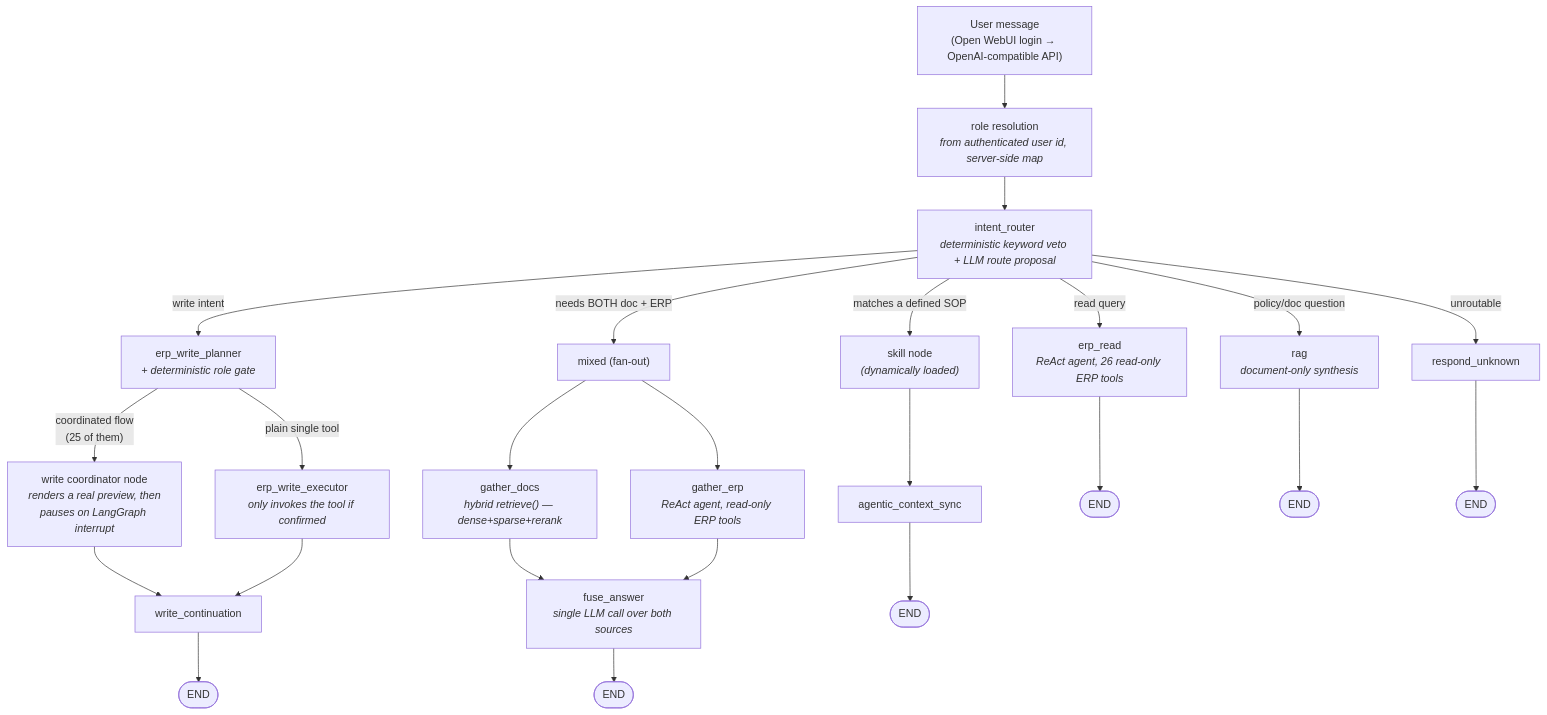
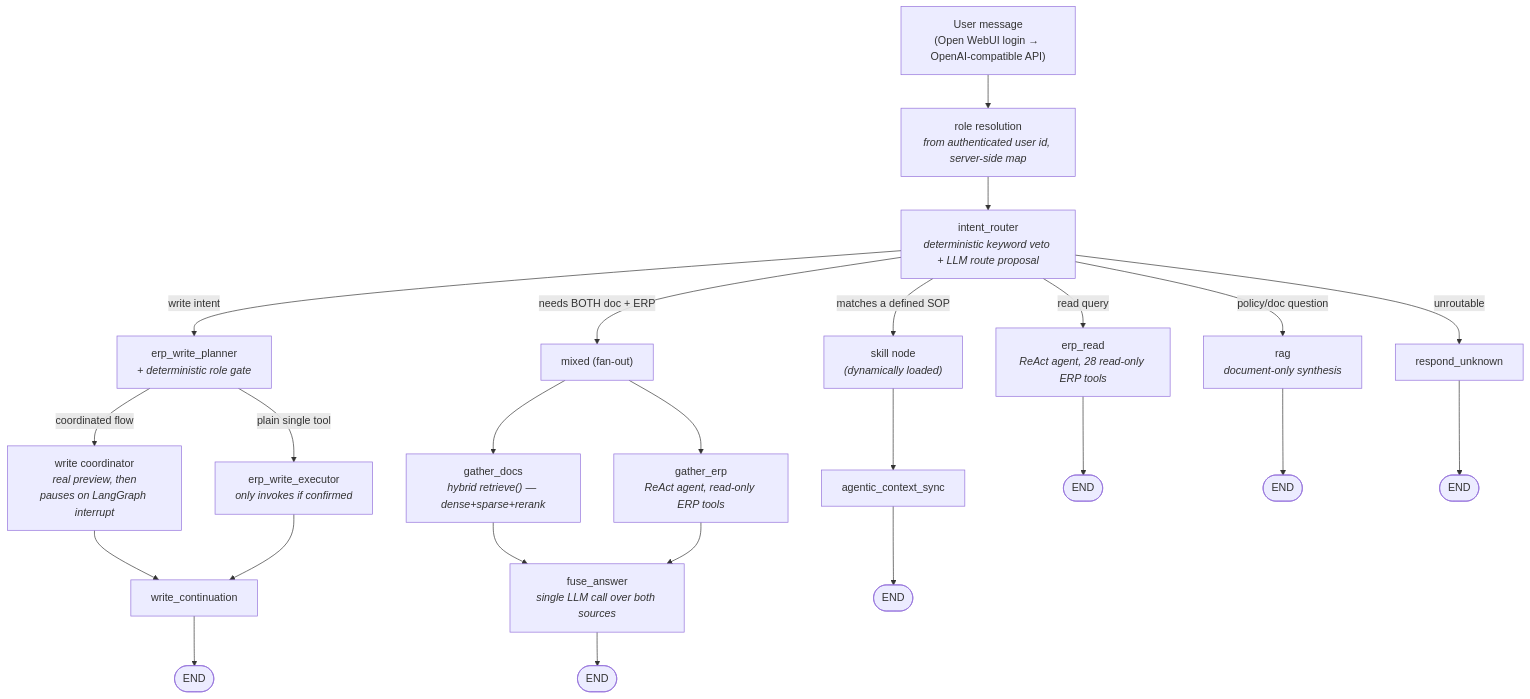
One commit to HaroPh/YOUdoo-assistant changed the diagram in README.md. Above: the diagram before and after it, drawn with Mermaid. The commit also changed other lines of this file, not shown here.

````diff
--- a/README.md
+++ b/README.md
@@ -39,31 +21,28 @@
 ```mermaid
 flowchart TD
     U["User message<br/>(Open WebUI login → OpenAI-compatible API)"] --> ROLE
-
     ROLE["role resolution<br/><i>from authenticated user id, server-side map</i>"] --> IR
-
     IR["intent_router<br/><i>deterministic keyword veto + LLM route proposal</i>"]
 
-    IR -->|read query| READ["erp_read<br/><i>ReAct agent, 26 read-only ERP tools</i>"]
+    IR -->|read query| READ["erp_read<br/><i>ReAct agent, 28 read-only ERP tools</i>"]
     IR -->|write intent| WP["erp_write_planner<br/><i>+ deterministic role gate</i>"]
     IR -->|policy/doc question| RAG["rag<br/><i>document-only synthesis</i>"]
     IR -->|needs BOTH doc + ERP| MIX["mixed (fan-out)"]
     IR -->|matches a defined SOP| SKILL["skill node<br/><i>(dynamically loaded)</i>"]
     IR -->|unroutable| UNK["respond_unknown"]
 
-    WP -->|"coordinated flow<br/>(25 of them)"| COORD["write coordinator node<br/><i>renders a real preview, then</i><br/><i>pauses on LangGraph interrupt</i>"]
-    WP -->|"plain single tool"| WX["erp_write_executor<br/><i>only invokes the tool if confirmed</i>"]
+    WP -->|coordinated flow| COORD["write coordinator<br/><i>real preview, then</i><br/><i>pauses on LangGraph interrupt</i>"]
+    WP -->|plain single tool| WX["erp_write_executor<br/><i>only invokes if confirmed</i>"]
     COORD --> WC["write_continuation"]
     WX --> WC --> END1(["END"])
 
     MIX --> GD["gather_docs<br/><i>hybrid retrieve() — dense+sparse+rerank</i>"]
     MIX --> GE["gather_erp<br/><i>ReAct agent, read-only ERP tools</i>"]
     GD --> FUSE["fuse_answer<br/><i>single LLM call over both sources</i>"]
-    GE --> FUSE
-    FUSE --> END2(["END"])
+    GE --> FUSE --> END2(["END"])
 
     SKILL --> SYNC["agentic_context_sync"] --> END3(["END"])
     READ --> END4(["END"])
     RAG --> END5(["END"])
     UNK --> END6(["END"])
 ```
````
